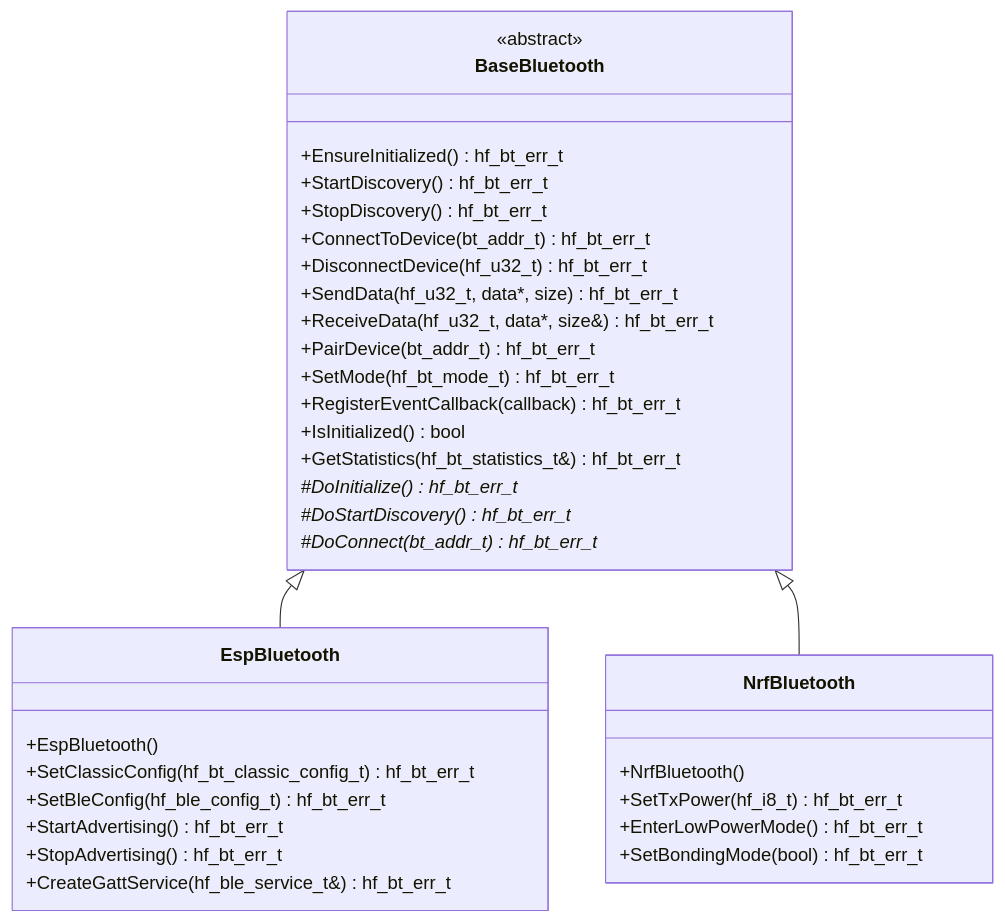
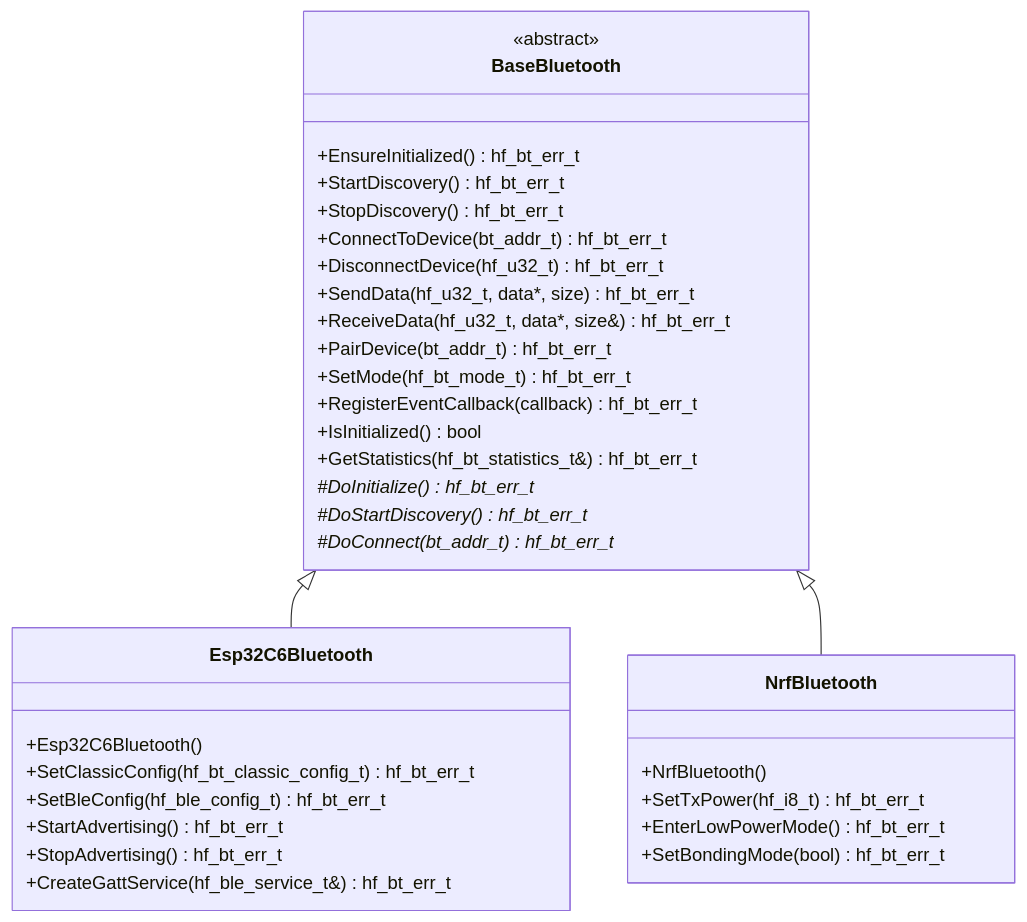
One commit to N3b3x/hf-internal-interface-wrap changed the diagram in docs/api/BaseBluetooth.md. Above: the diagram before and after it, drawn with Mermaid. The commit also changed other lines of this file and 16 other files, not shown here.

First line of the commit message:
Refactor Bluetooth support for ESP32: remove EspBluetooth implementation

````diff
--- a/docs/api/BaseBluetooth.md
+++ b/docs/api/BaseBluetooth.md
@@ -54,40 +54,40 @@
 ```mermaid
 classDiagram
     class BaseBluetooth {
         <<abstract>>
         +EnsureInitialized() hf_bt_err_t
         +StartDiscovery() hf_bt_err_t
         +StopDiscovery() hf_bt_err_t
         +ConnectToDevice(bt_addr_t) hf_bt_err_t
         +DisconnectDevice(hf_u32_t) hf_bt_err_t
         +SendData(hf_u32_t, data*, size) hf_bt_err_t
         +ReceiveData(hf_u32_t, data*, size&) hf_bt_err_t
         +PairDevice(bt_addr_t) hf_bt_err_t
         +SetMode(hf_bt_mode_t) hf_bt_err_t
         +RegisterEventCallback(callback) hf_bt_err_t
         +IsInitialized() bool
         +GetStatistics(hf_bt_statistics_t&) hf_bt_err_t
         #DoInitialize() hf_bt_err_t*
         #DoStartDiscovery() hf_bt_err_t*
         #DoConnect(bt_addr_t) hf_bt_err_t*
     }
 
-    class EspBluetooth {
-        +EspBluetooth()
+    class Esp32C6Bluetooth {
++Esp32C6Bluetooth()
         +SetClassicConfig(hf_bt_classic_config_t) hf_bt_err_t
         +SetBleConfig(hf_ble_config_t) hf_bt_err_t
         +StartAdvertising() hf_bt_err_t
         +StopAdvertising() hf_bt_err_t
         +CreateGattService(hf_ble_service_t&) hf_bt_err_t
     }
 
     class NrfBluetooth {
         +NrfBluetooth()
         +SetTxPower(hf_i8_t) hf_bt_err_t
         +EnterLowPowerMode() hf_bt_err_t
         +SetBondingMode(bool) hf_bt_err_t
     }
 
-    BaseBluetooth <|-- EspBluetooth
+    BaseBluetooth <|-- Esp32C6Bluetooth
     BaseBluetooth <|-- NrfBluetooth
 ```
````
